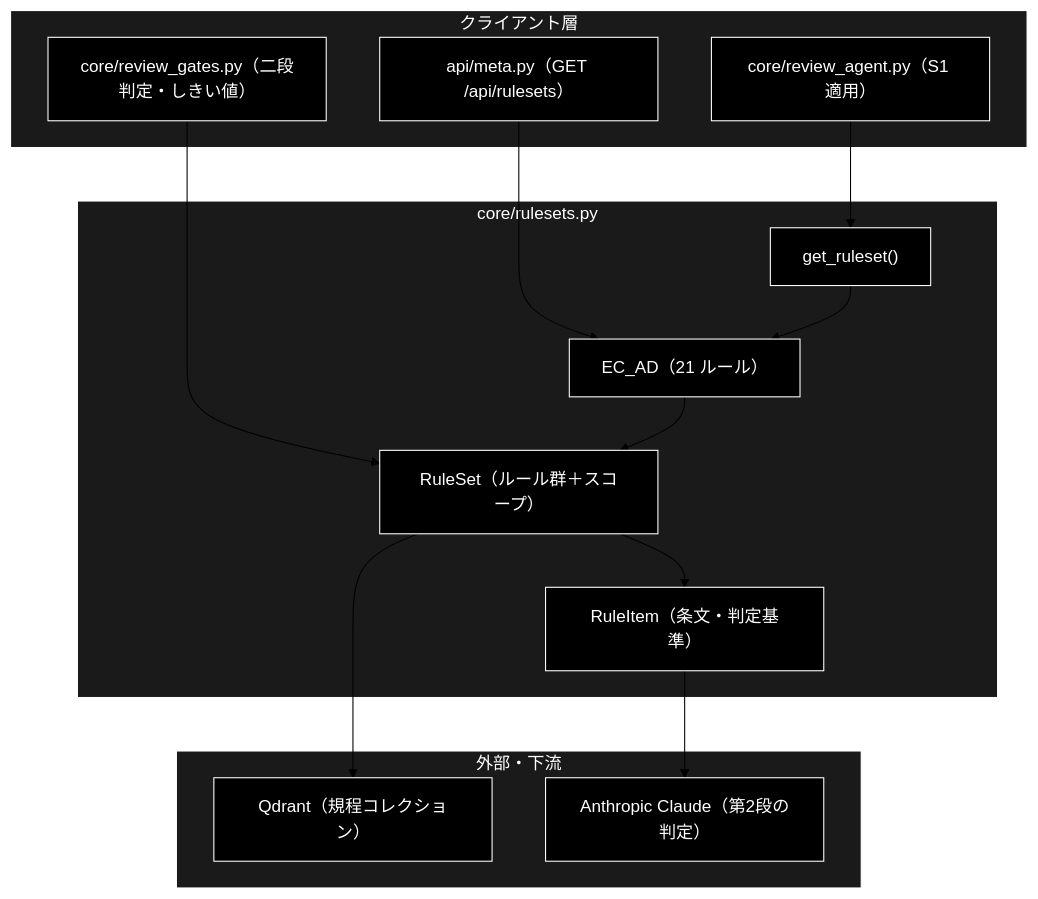
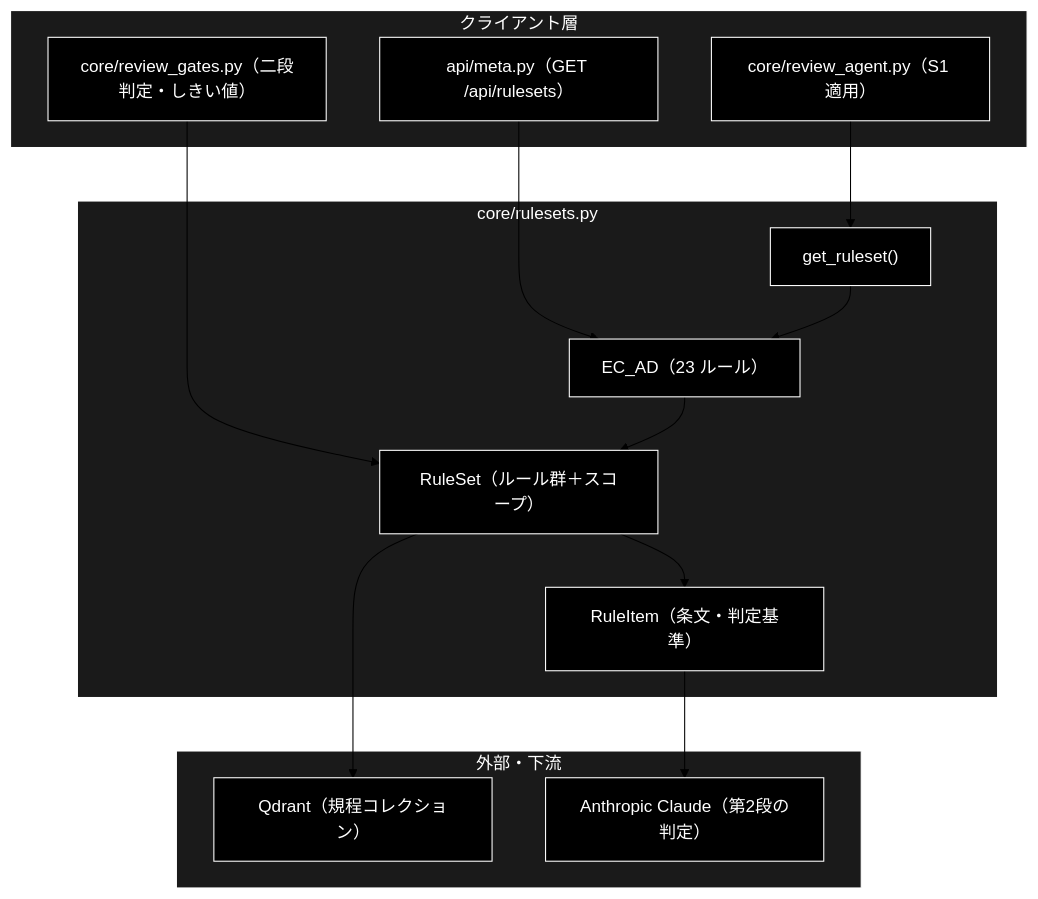
One commit to nakashima2toshio/grace_v2 changed the first of 3 diagrams in backend/docs/core_rulesets.md. Above: the diagram before and after it, drawn with Mermaid (forest theme). The commit also changed other lines of this file and 6 other files, not shown here.

````diff
--- a/backend/docs/core_rulesets.md
+++ b/backend/docs/core_rulesets.md
@@ -82,35 +82,35 @@
 ```mermaid
 flowchart TB
     subgraph CLIENT["クライアント層"]
         AGENT["core/review_agent.py（S1 適用）"]
         GATES["core/review_gates.py（二段判定・しきい値）"]
         META["api/meta.py（GET /api/rulesets）"]
     end
 
     subgraph MODULE["core/rulesets.py"]
         RULEITEM["RuleItem（条文・判定基準）"]
         RULESET["RuleSet（ルール群＋スコープ）"]
-        ECAD["EC_AD（21 ルール）"]
+        ECAD["EC_AD（23 ルール）"]
         GETRS["get_ruleset()"]
     end
 
     subgraph EXTERNAL["外部・下流"]
         QDRANT["Qdrant（規程コレクション）"]
         LLM["Anthropic Claude（第2段の判定）"]
     end
 
     AGENT --> GETRS
     GATES --> RULESET
     META --> ECAD
     GETRS --> ECAD
     ECAD --> RULESET
     RULESET --> RULEITEM
     RULESET --> QDRANT
     RULEITEM --> LLM
 classDef default fill:#000,stroke:#fff,color:#fff
 classDef subgraphStyle fill:#1a1a1a,stroke:#fff,color:#fff
 class AGENT,GATES,META,RULEITEM,RULESET,ECAD,GETRS,QDRANT,LLM default
 style CLIENT fill:#1a1a1a,stroke:#fff,color:#fff
 style MODULE fill:#1a1a1a,stroke:#fff,color:#fff
 style EXTERNAL fill:#1a1a1a,stroke:#fff,color:#fff
 ```
````
